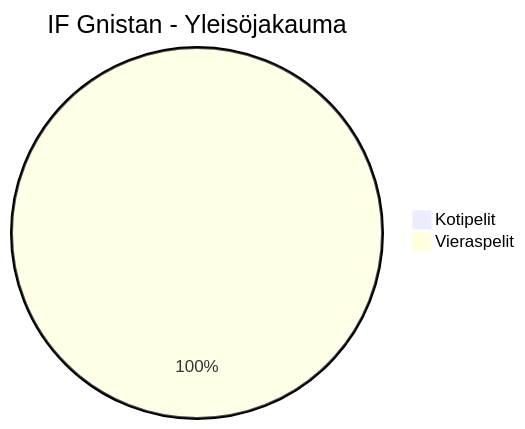
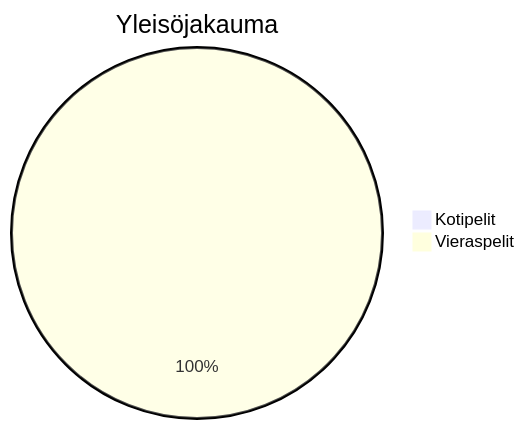
Diagram 14 of 27 in Yleisö2025.md (Linux88888/Veikkausliiga2025), drawn with Mermaid before and after one commit. The commit also changed other lines of this file, not shown here.

````diff
--- a/Yleisö2025.md
+++ b/Yleisö2025.md
@@ -130,5 +128,5 @@
 ```mermaid
-pie title IF Gnistan - Yleisöjakauma
+pie title Yleisöjakauma
     "Kotipelit" : 0
     "Vieraspelit" : 11321
 ```
````
